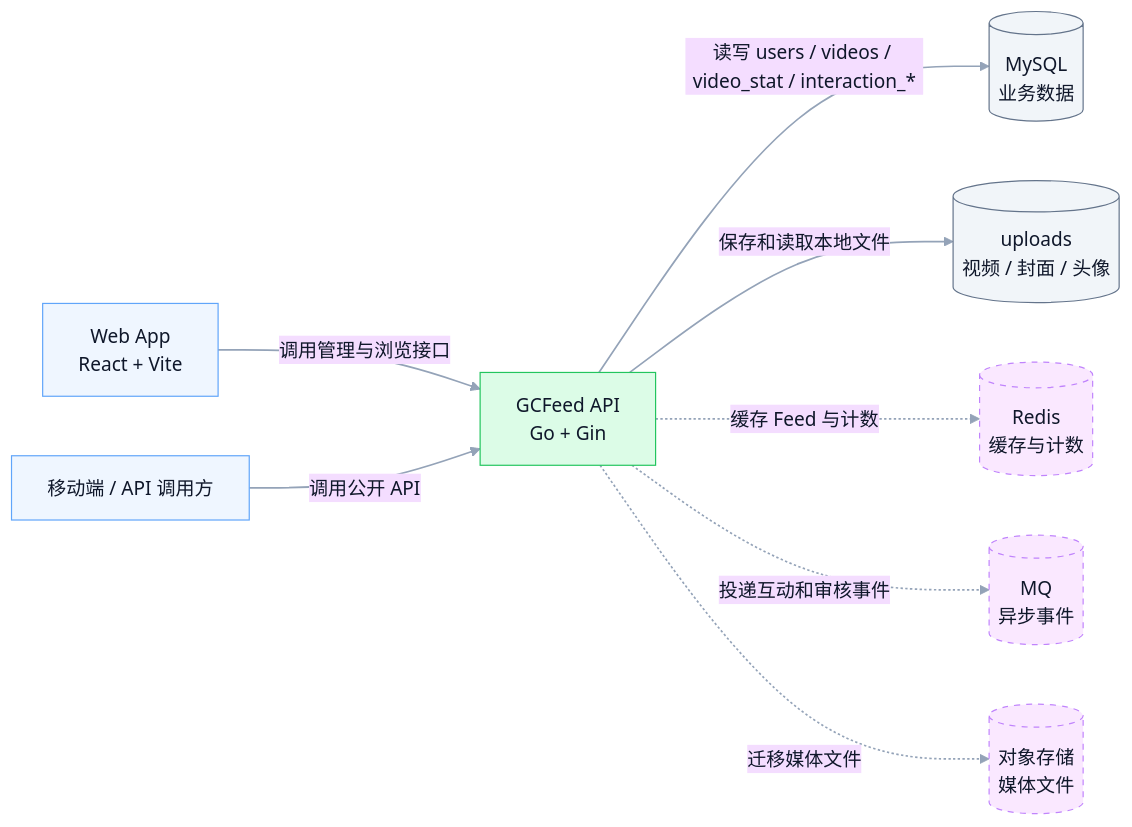
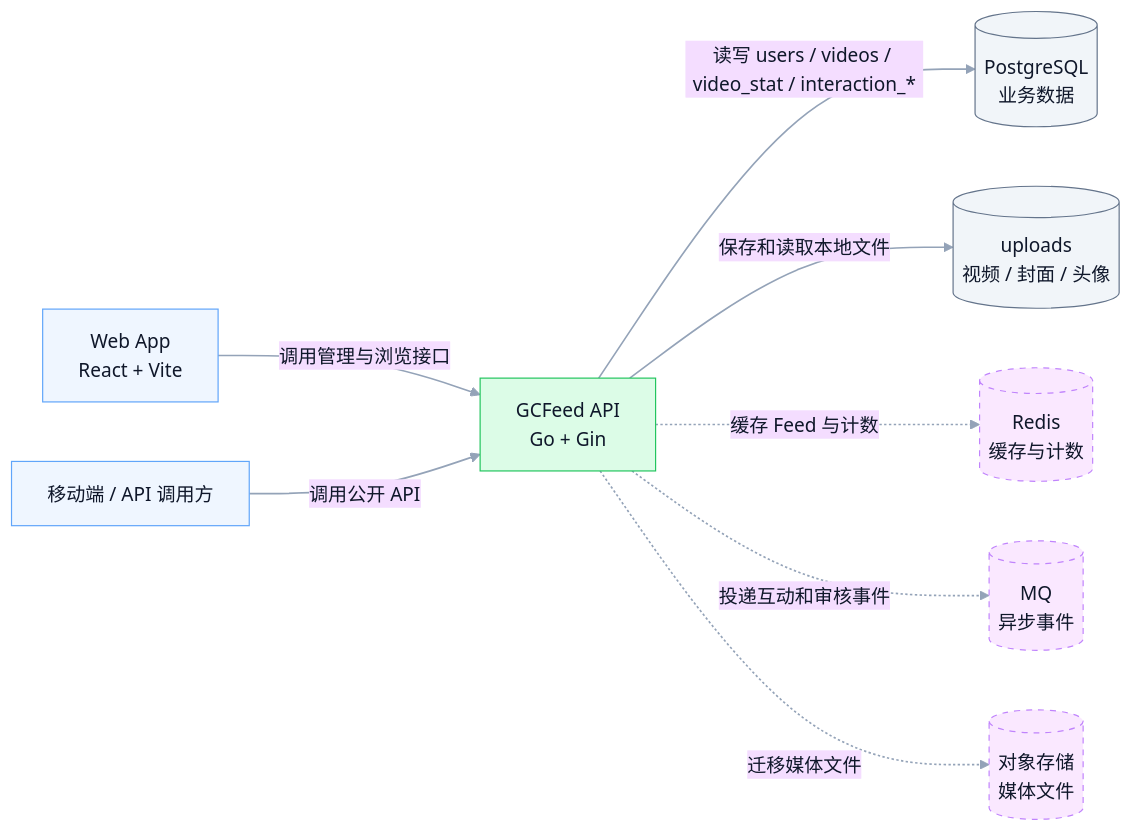
One commit to Inumoroha/VideoFeed changed the first of 5 diagrams in docs/architecture.md. Above: the diagram before and after it, drawn with Mermaid. The commit also changed other lines of this file and 4 other files, not shown here.

First line of the commit message:
docs(architecture): 同步接口设计文档

````diff
--- a/docs/architecture.md
+++ b/docs/architecture.md
@@ -9,43 +9,43 @@
 ```mermaid
 ---
 config:
   theme: base
   layout: dagre
   themeVariables:
     background: transparent
     fontFamily: Inter, PingFang SC, Microsoft YaHei, Arial
     primaryTextColor: "#0F172A"
     lineColor: "#94A3B8"
     clusterBkg: "#F8FAFC"
     clusterBorder: "#CBD5E1"
 ---
 flowchart LR
   %% GCFeed MVP system context
   classDef client fill:#EFF6FF,stroke:#60A5FA,color:#0F172A,stroke-width:1px;
   classDef system fill:#DCFCE7,stroke:#22C55E,color:#0F172A,stroke-width:1px;
   classDef store fill:#F1F5F9,stroke:#64748B,color:#0F172A,stroke-width:1px;
   classDef future fill:#FAE8FF,stroke:#C084FC,color:#0F172A,stroke-width:1px,stroke-dasharray:5 5;
 
   Web["Web App<br/>React + Vite"]
   Client["移动端 / API 调用方"]
   API["GCFeed API<br/>Go + Gin"]
-  MySQL[("MySQL<br/>业务数据")]
+  PostgreSQL[("PostgreSQL<br/>业务数据")]
   Uploads[("uploads<br/>视频 / 封面 / 头像")]
   Redis[("Redis<br/>缓存与计数")]
   MQ[("MQ<br/>异步事件")]
   ObjectStorage[("对象存储<br/>媒体文件")]
 
   Web -->|"调用管理与浏览接口"| API
   Client -->|"调用公开 API"| API
-  API -->|"读写 users / videos / video_stat / interaction_*"| MySQL
+  API -->|"读写 users / videos / video_stat / interaction_*"| PostgreSQL
   API -->|"保存和读取本地文件"| Uploads
   API -.->|"缓存 Feed 与计数"| Redis
   API -.->|"投递互动和审核事件"| MQ
   API -.->|"迁移媒体文件"| ObjectStorage
 
   class Web,Client client;
   class API system;
-  class MySQL,Uploads store;
+  class PostgreSQL,Uploads store;
   class Redis,MQ,ObjectStorage future;
   linkStyle default stroke:#94A3B8,stroke-width:1.4px
 ```
````
